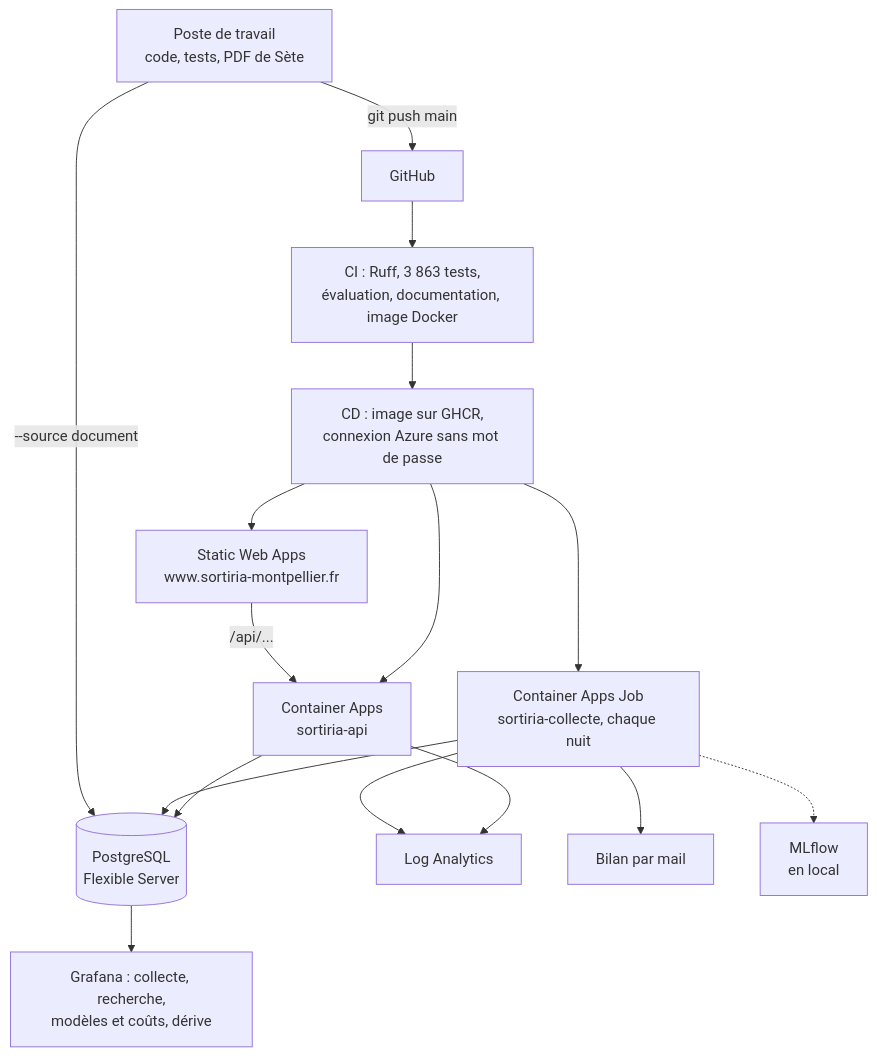
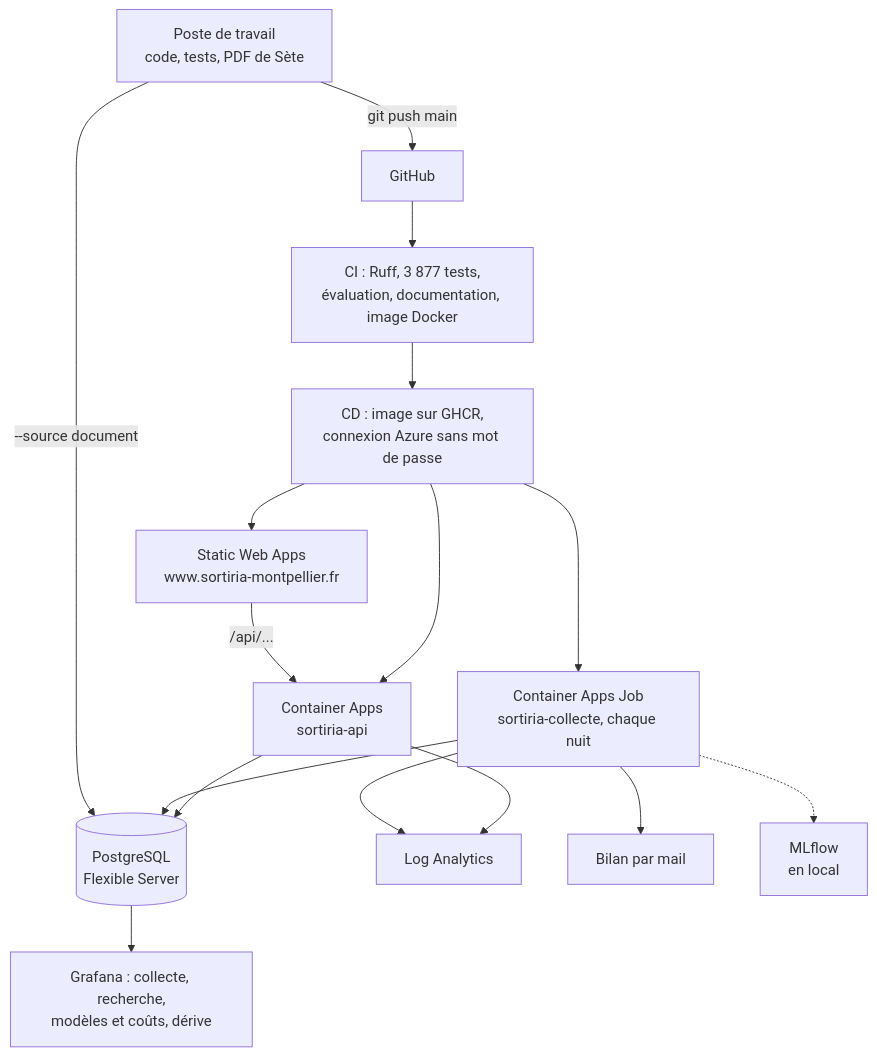
One commit to gonzalezcourrier34-glitch/SortirIA changed the second of 2 diagrams in docs/architecture.md. Above: the diagram before and after it, drawn with Mermaid. The commit also changed other lines of this file and 19 other files, not shown here.

````diff
--- a/docs/architecture.md
+++ b/docs/architecture.md
@@ -50,17 +50,17 @@
 ```mermaid
 flowchart TB
     Dev[Poste de travail<br/>code, tests, PDF de Sète] -->|git push main| GH[GitHub]
-    GH --> CI[CI : Ruff, 3 863 tests,<br/>évaluation, documentation, image Docker]
+    GH --> CI[CI : Ruff, 3 877 tests,<br/>évaluation, documentation, image Docker]
     CI --> CD[CD : image sur GHCR,<br/>connexion Azure sans mot de passe]
     CD --> API[Container Apps<br/>sortiria-api]
     CD --> JOB[Container Apps Job<br/>sortiria-collecte, chaque nuit]
     CD --> SWA[Static Web Apps<br/>www.sortiria-montpellier.fr]
     SWA -->|/api/...| API
     API --> PG[(PostgreSQL<br/>Flexible Server)]
     JOB --> PG
     API & JOB --> LA[Log Analytics]
     JOB --> MAIL[Bilan par mail]
     PG --> GR[Grafana : collecte, recherche,<br/>modèles et coûts, dérive]
     JOB -.-> ML[MLflow<br/>en local]
     Dev -->|--source document| PG
 ```
````
